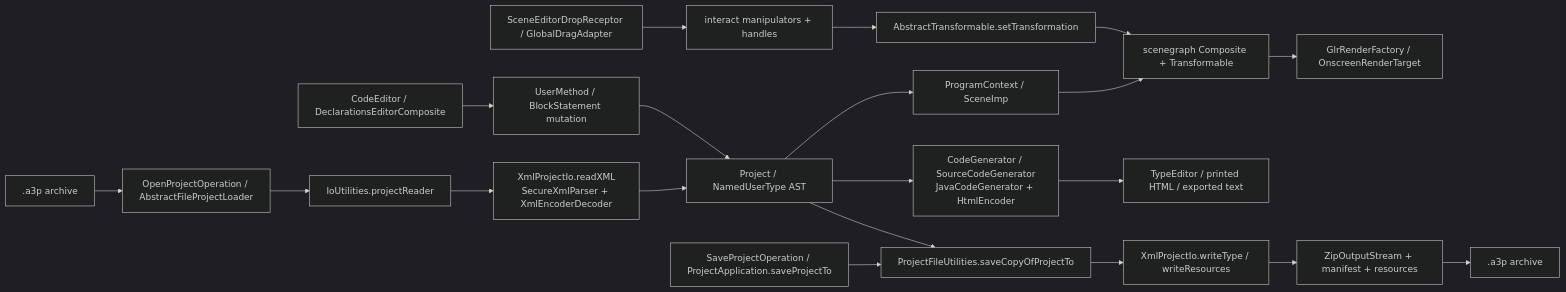
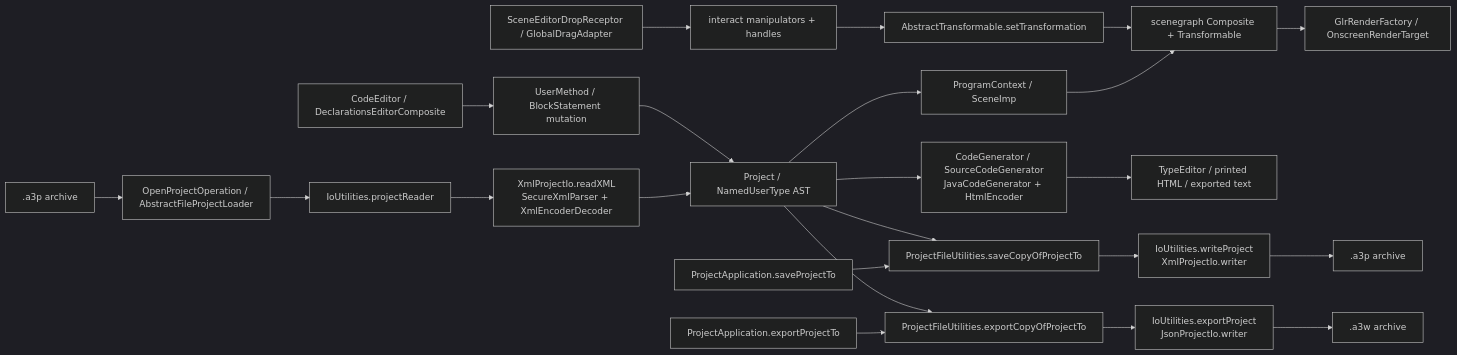
The diagram in docs/atlas/data-flow/data-flow.mmd (asw101/RabbitHole), drawn with Mermaid (dark theme) before and after one commit. The commit also changed 11 other files, not shown here.

First line of the commit message:
fix: correct atlas documentation for data-flow, compile-deps, api-contracts, and user-journeys

```diff
--- a/docs/atlas/data-flow/data-flow.mmd
+++ b/docs/atlas/data-flow/data-flow.mmd
@@ -1,23 +1,27 @@
 flowchart LR
   loadA3p[".a3p archive"] --> loadReq["OpenProjectOperation / AbstractFileProjectLoader"]
   loadReq --> readIo["IoUtilities.projectReader"]
   readIo --> readXml["XmlProjectIo.readXML<br/>SecureXmlParser + XmlEncoderDecoder"]
   readXml --> ast["Project / NamedUserType AST"]
   ast --> sceneboot["ProgramContext / SceneImp"]
   sceneboot --> scenegraph["scenegraph Composite + Transformable"]
   scenegraph --> render["GlrRenderFactory / OnscreenRenderTarget"]
 
   editUi["CodeEditor / DeclarationsEditorComposite"] --> astMut["UserMethod / BlockStatement mutation"]
   astMut --> ast
   ast --> generated["CodeGenerator / SourceCodeGenerator<br/>JavaCodeGenerator + HtmlEncoder"]
   generated --> display["TypeEditor / printed HTML / exported text"]
 
   dragUi["SceneEditorDropReceptor / GlobalDragAdapter"] --> interact["interact manipulators + handles"]
   interact --> transform["AbstractTransformable.setTransformation"]
   transform --> scenegraph
 
-  saveReq["SaveProjectOperation / ProjectApplication.saveProjectTo"] --> snapshot["ProjectFileUtilities.saveCopyOfProjectTo"]
-  ast --> snapshot
-  snapshot --> writeXml["XmlProjectIo.writeType / writeResources"]
-  writeXml --> zip["ZipOutputStream + manifest + resources"]
-  zip --> outA3p[".a3p archive"]
+  saveReq["ProjectApplication.saveProjectTo"] --> saveCopy["ProjectFileUtilities.saveCopyOfProjectTo"]
+  ast --> saveCopy
+  saveCopy --> saveIo["IoUtilities.writeProject<br/>XmlProjectIo.writer"]
+  saveIo --> outA3p[".a3p archive"]
+
+  exportReq["ProjectApplication.exportProjectTo"] --> exportCopy["ProjectFileUtilities.exportCopyOfProjectTo"]
+  ast --> exportCopy
+  exportCopy --> exportIo["IoUtilities.exportProject<br/>JsonProjectIo.writer"]
+  exportIo --> outA3w[".a3w archive"]
```
